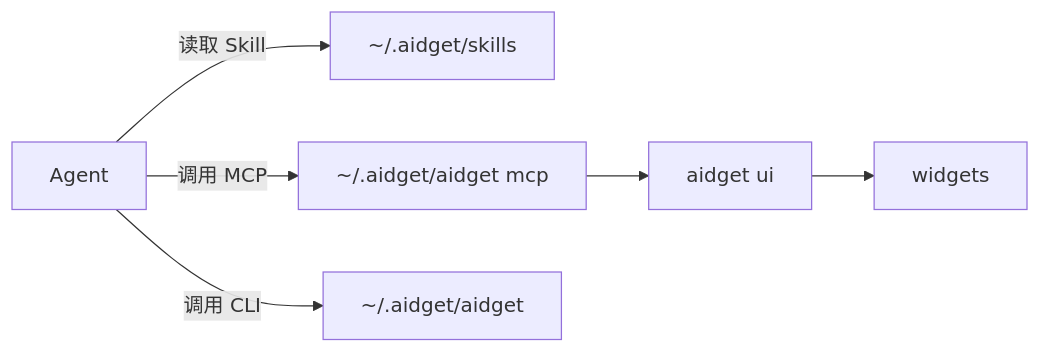
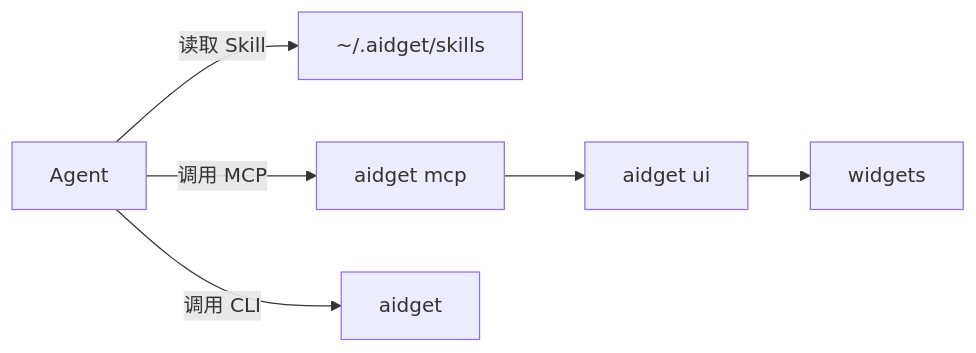
One commit to aidget-ai/aidget changed the diagram in README.zh-CN.md. Above: the diagram before and after it, drawn with Mermaid. The commit also changed other lines of this file and 15 other files, not shown here.

````diff
--- a/README.zh-CN.md
+++ b/README.zh-CN.md
@@ -101,9 +101,9 @@
 ```mermaid
 flowchart LR
     A["Agent"]
     A -->|"读取 Skill"| S["~/.aidget/skills"]
-    A -->|"调用 MCP"| M["~/.aidget/aidget mcp"]
-    A -->|"调用 CLI"| C["~/.aidget/aidget"]
+    A -->|"调用 MCP"| M["aidget mcp"]
+    A -->|"调用 CLI"| C["aidget"]
     M --> U["aidget ui"]
     U --> W["widgets"]
 ```
````
